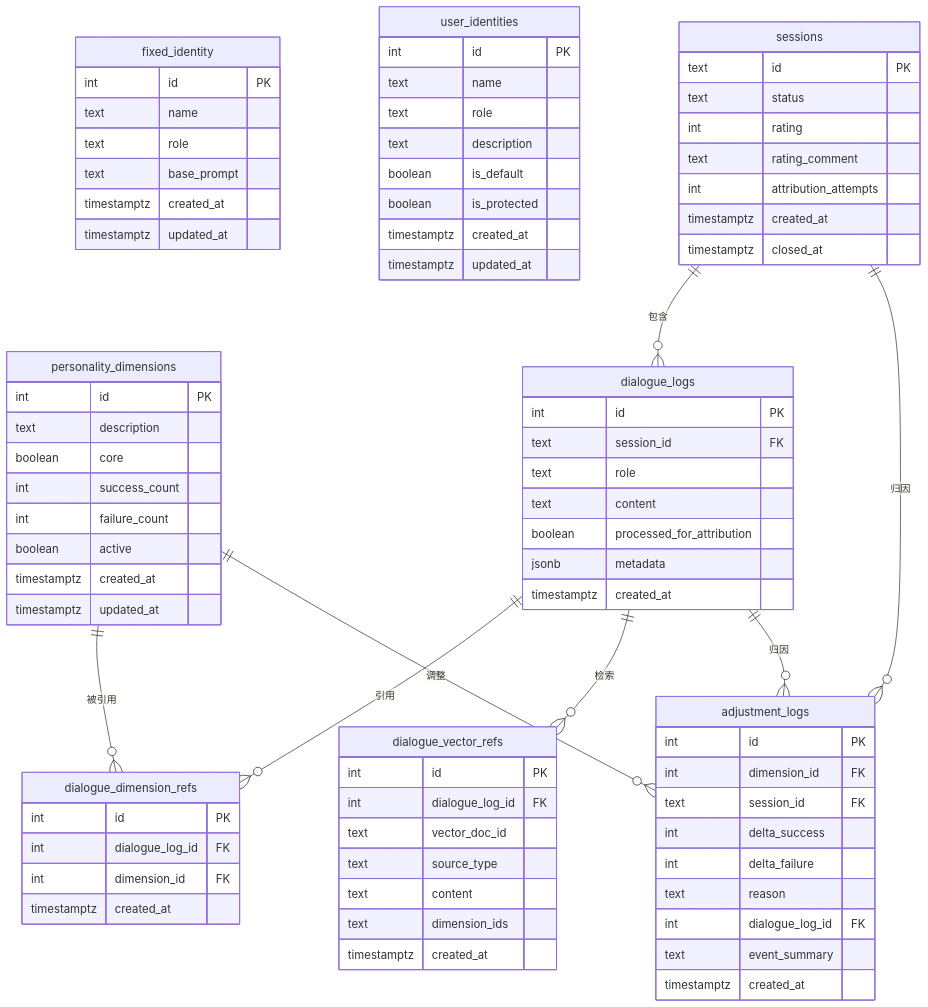
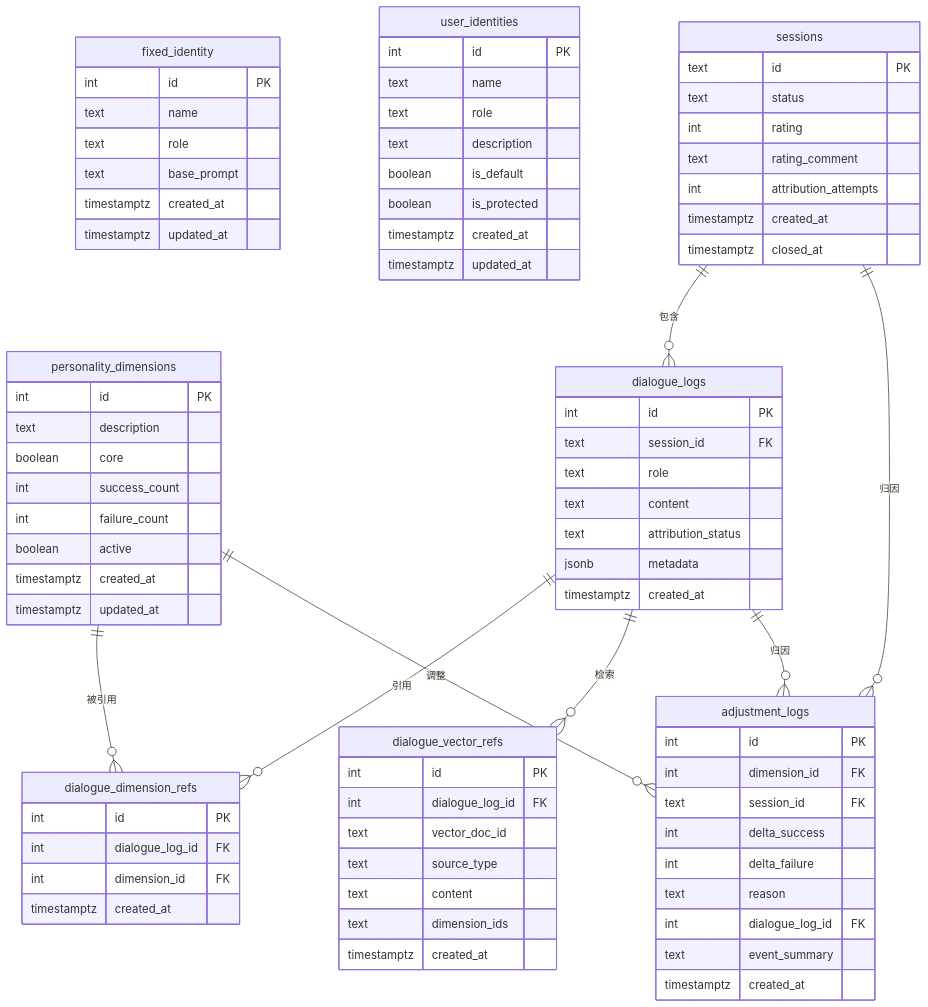
One commit to ianzhang1988/mr.data changed the diagram in doc/database-design.md. Above: the diagram before and after it, drawn with Mermaid. The commit also changed other lines of this file and 8 other files, not shown here.

```diff
--- a/doc/database-design.md
+++ b/doc/database-design.md
@@ -345,7 +345,7 @@
         text session_id FK
         text role
         text content
-        boolean processed_for_attribution
+        text attribution_status
         jsonb metadata
         timestamptz created_at
     }
```
